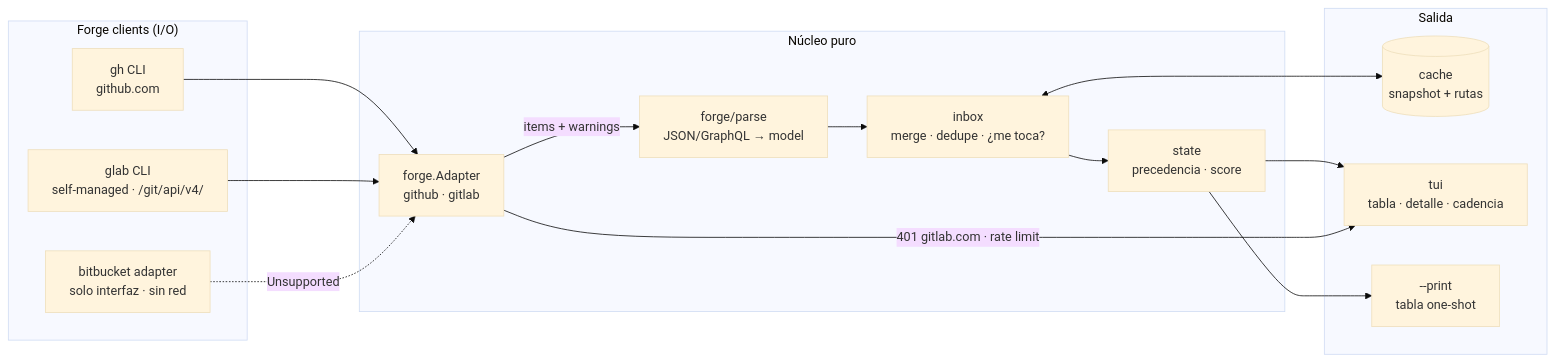
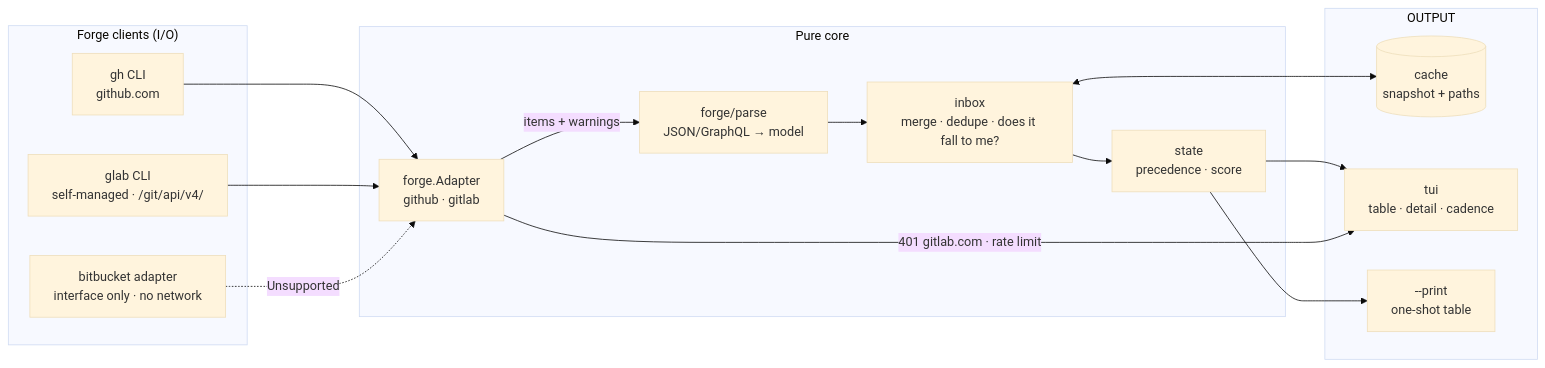
Before and after one commit to Sovengar/prdash: the first of 2 diagrams in docs/planning/archive/0001-mvp/diagrams/data-flow.md, drawn with Mermaid (base theme). The commit also changed other lines of this file and 331 other files, not shown here.

````diff
--- a/docs/planning/archive/0001-mvp/diagrams/data-flow.md
+++ b/docs/planning/archive/0001-mvp/diagrams/data-flow.md
@@ -8,32 +9,32 @@
 ```mermaid
 flowchart LR
-    subgraph Fuentes["Forge clients (I/O)"]
+    subgraph SOURCES["Forge clients (I/O)"]
         GH["gh CLI<br/>github.com"]
         GL["glab CLI<br/>self-managed · /git/api/v4/"]
-        BB["bitbucket adapter<br/>solo interfaz · sin red"]
+        BB["bitbucket adapter<br/>interface only · no network"]
     end
 
-    subgraph Nucleo["Núcleo puro"]
+    subgraph CORE["Pure core"]
         AD["forge.Adapter<br/>github · gitlab"]
         PA["forge/parse<br/>JSON/GraphQL → model"]
-        IN["inbox<br/>merge · dedupe · ¿me toca?"]
-        ST["state<br/>precedencia · score"]
+        IN["inbox<br/>merge · dedupe · does it fall to me?"]
+        ST["state<br/>precedence · score"]
     end
 
-    subgraph Salida
-        CA[("cache<br/>snapshot + rutas")]
-        TU["tui<br/>tabla · detalle · cadencia"]
-        PR["--print<br/>tabla one-shot"]
+    subgraph OUTPUT
+        CA[("cache<br/>snapshot + paths")]
+        TU["tui<br/>table · detail · cadence"]
+        PR["--print<br/>one-shot table"]
     end
 
     GH --> AD
     GL --> AD
     BB -.->|Unsupported| AD
     AD -->|items + warnings| PA
     PA --> IN
     IN --> ST
     ST --> TU
     ST --> PR
     IN <--> CA
     AD -->|401 gitlab.com · rate limit| TU
 ```
````
